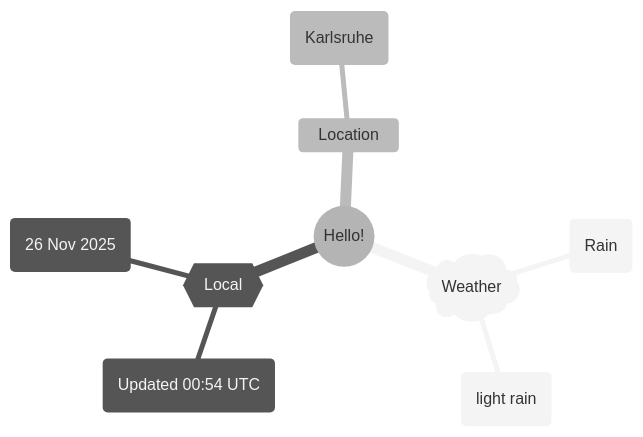
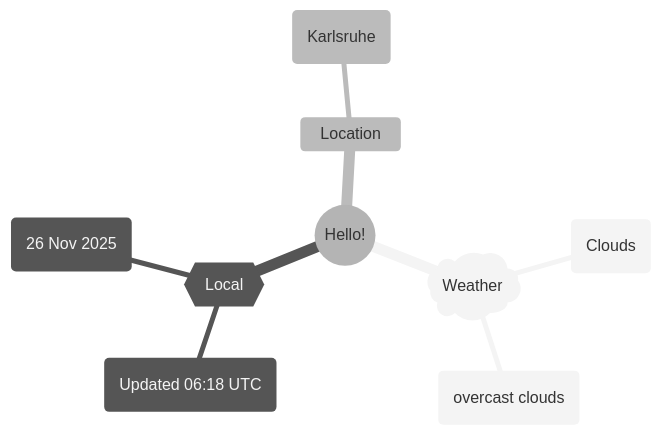
One commit to Xosrov/Xosrov changed the first of 2 diagrams in README.md. Above: the diagram before and after it, drawn with Mermaid (neutral theme).

Commit message:
[bot] updated images

````diff
--- a/README.md
+++ b/README.md
@@ -3,12 +3,12 @@
 ```mermaid
 mindmap
   root((Hello!))
     )Weather(
-        (Rain)
-        (light rain)
+        (Clouds)
+        (overcast clouds)
     {{Local}}
-        (Updated 00:54 UTC)
+        (Updated 06:18 UTC)
         (26 Nov 2025)
     Location
         (Karlsruhe)
 ```
````
